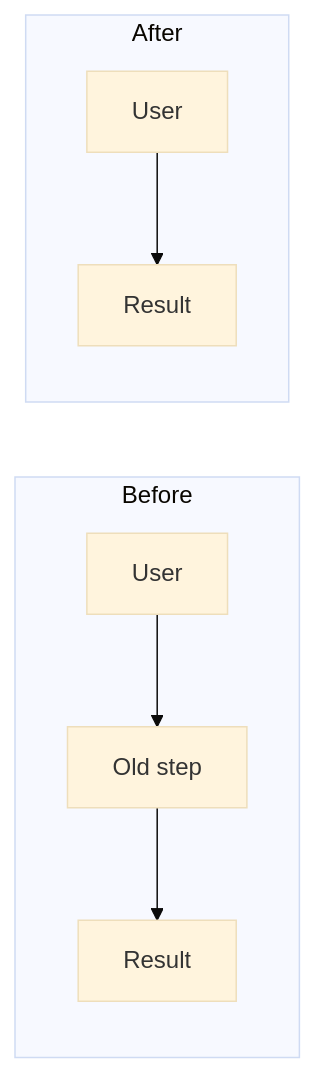
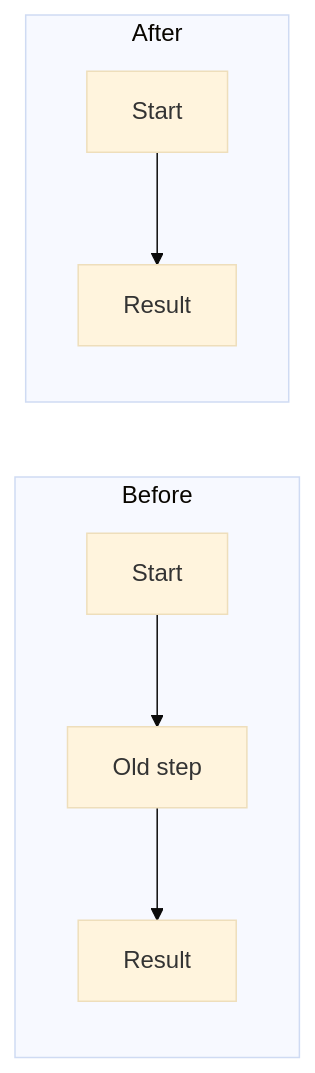
The first of 4 diagrams in plugins/dots/skills/explain/references/visual-patterns.md (rishirsv/dots), drawn with Mermaid (base theme) before and after one commit. The commit also changed other lines of this file and 13 other files, not shown here.

````diff
--- a/plugins/dots/skills/explain/references/visual-patterns.md
+++ b/plugins/dots/skills/explain/references/visual-patterns.md
@@ -9,9 +9,9 @@
 ```mermaid
 flowchart LR
   subgraph Before
-    A1[User] --> B1[Old step] --> C1[Result]
+    A1[Start] --> B1[Old step] --> C1[Result]
   end
   subgraph After
-    A2[User] --> C2[Result]
+    A2[Start] --> C2[Result]
   end
 ```
````
